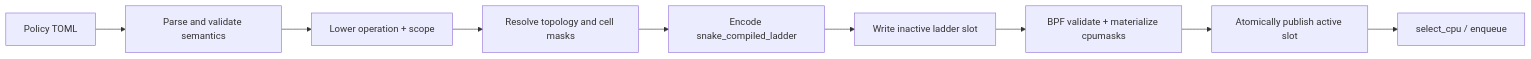
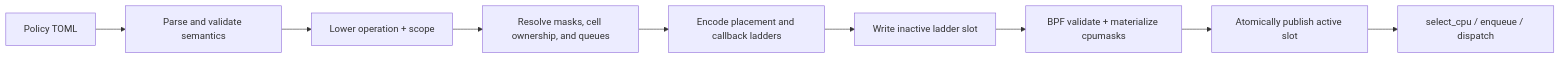
Before and after one commit to tommy-u/scx: the diagram in scheds/rust/scx_snake/docs/POLICY_LOWERING.md, drawn with Mermaid. The commit also changed other lines of this file and 9 other files, not shown here.

Commit message:
scx_snake: document cell queue policies

````diff
--- a/scheds/rust/scx_snake/docs/POLICY_LOWERING.md
+++ b/scheds/rust/scx_snake/docs/POLICY_LOWERING.md
@@ -13,11 +14,11 @@
 ```mermaid
 flowchart LR
     TOML["Policy TOML"] --> Parse["Parse and validate semantics"]
     Parse --> Lower["Lower operation + scope"]
-    Lower --> Resolve["Resolve topology and cell masks"]
-    Resolve --> Encode["Encode snake_compiled_ladder"]
+    Lower --> Resolve["Resolve masks, cell ownership, and queues"]
+    Resolve --> Encode["Encode placement and callback ladders"]
     Encode --> Stage["Write inactive ladder slot"]
     Stage --> Prepare["BPF validate + materialize cpumasks"]
     Prepare --> Publish["Atomically publish active slot"]
-    Publish --> HotPath["select_cpu / enqueue"]
+    Publish --> HotPath["select_cpu / enqueue / dispatch"]
 ```
````
